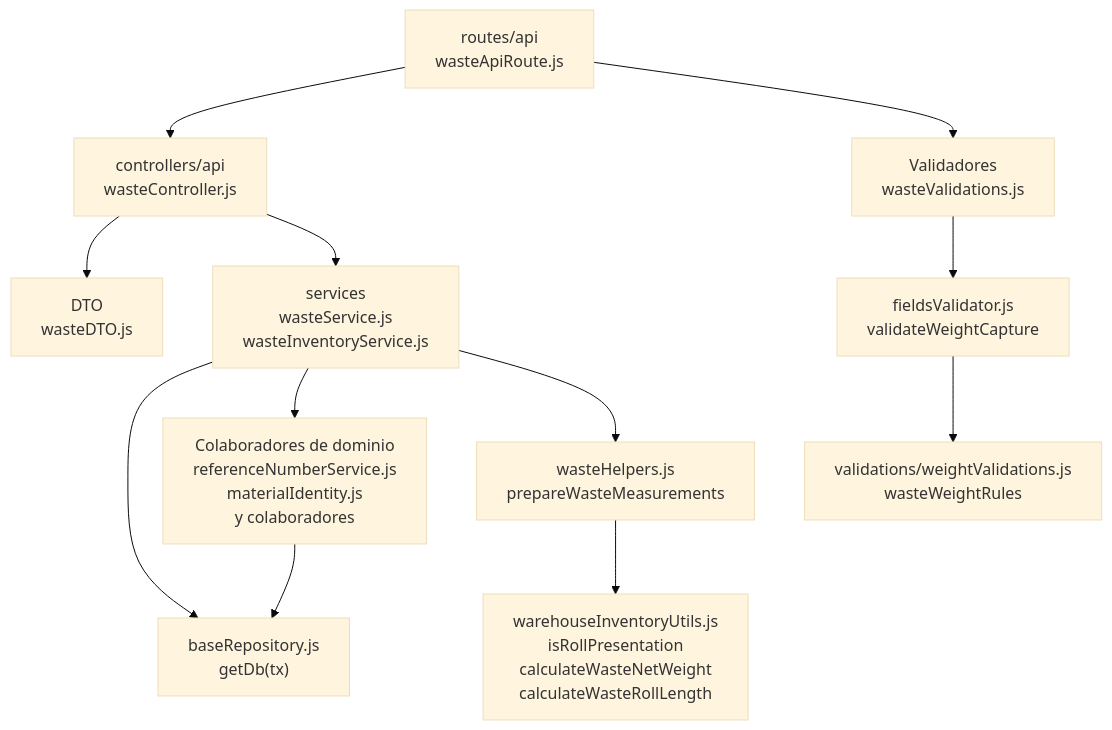
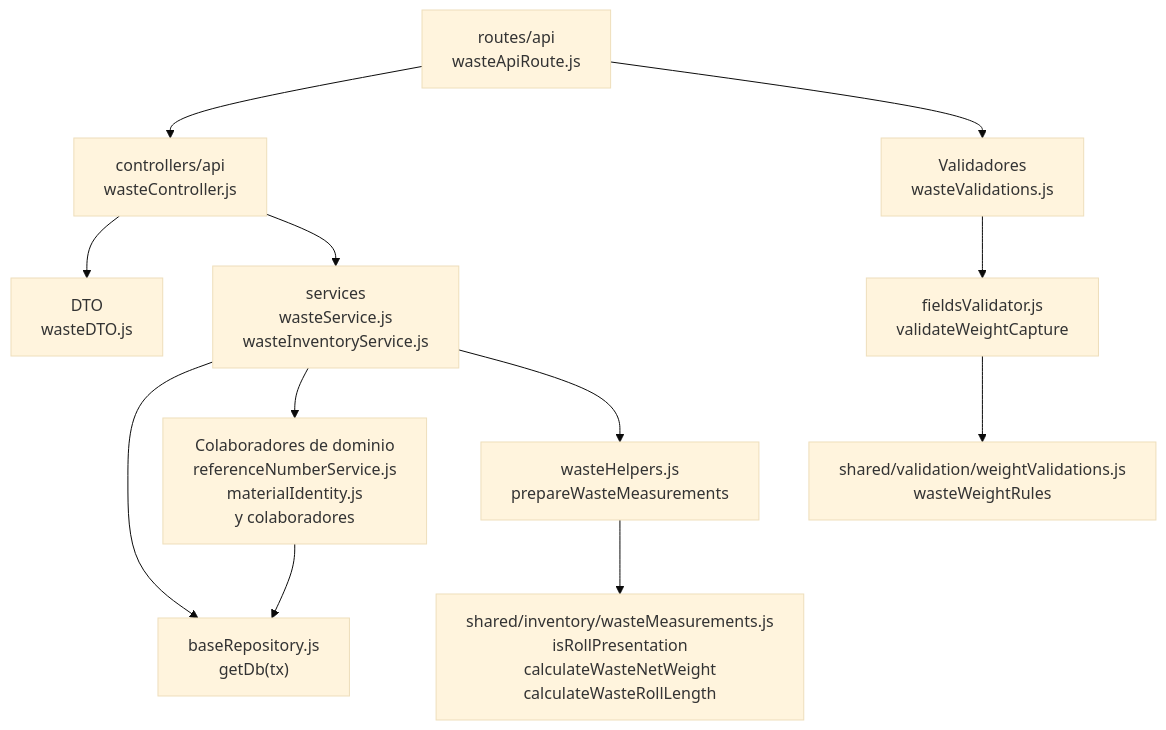
Before and after one commit to gpgsistemas01/nexus: the diagram in docs/architecture/views/development/backend-technical-documentation/11-wastes-code.md, drawn with Mermaid (base theme). The commit also changed other lines of this file and 240 other files, not shown here.

````diff
--- a/docs/architecture/views/development/backend-technical-documentation/11-wastes-code.md
+++ b/docs/architecture/views/development/backend-technical-documentation/11-wastes-code.md
@@ -7,25 +7,25 @@
 ```mermaid
 flowchart TB
     R["routes/api<br/>wasteApiRoute.js"]
     C["controllers/api<br/>wasteController.js"]
     S["services<br/>wasteService.js<br/>wasteInventoryService.js"]
     D["DTO<br/>wasteDTO.js"]
     X["Colaboradores de dominio<br/>referenceNumberService.js<br/>materialIdentity.js<br/>y colaboradores"]
     V["Validadores<br/>wasteValidations.js"]
     Fields["fieldsValidator.js<br/>validateWeightCapture"]
-    WeightValidation["validations/weightValidations.js<br/>wasteWeightRules"]
+    WeightValidation["shared/validation/weightValidations.js<br/>wasteWeightRules"]
     Measurements["wasteHelpers.js<br/>prepareWasteMeasurements"]
     P["baseRepository.js<br/>getDb(tx)"]
-    PresentationRule["warehouseInventoryUtils.js<br/>isRollPresentation<br/>calculateWasteNetWeight<br/>calculateWasteRollLength"]
+    PresentationRule["shared/inventory/wasteMeasurements.js<br/>isRollPresentation<br/>calculateWasteNetWeight<br/>calculateWasteRollLength"]
     C --> D
     C --> S
     R --> C
     R --> V
     S --> P
     S --> X
     V --> Fields
     Fields --> WeightValidation
     S --> Measurements
     Measurements --> PresentationRule
     X --> P
 ```
````
